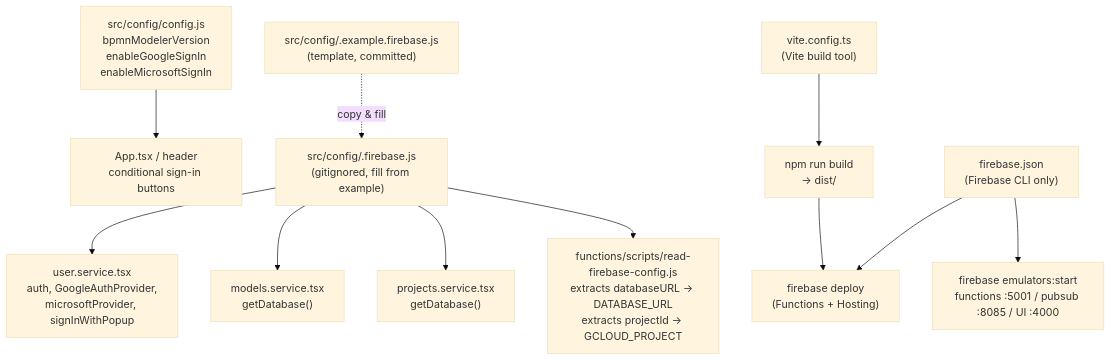
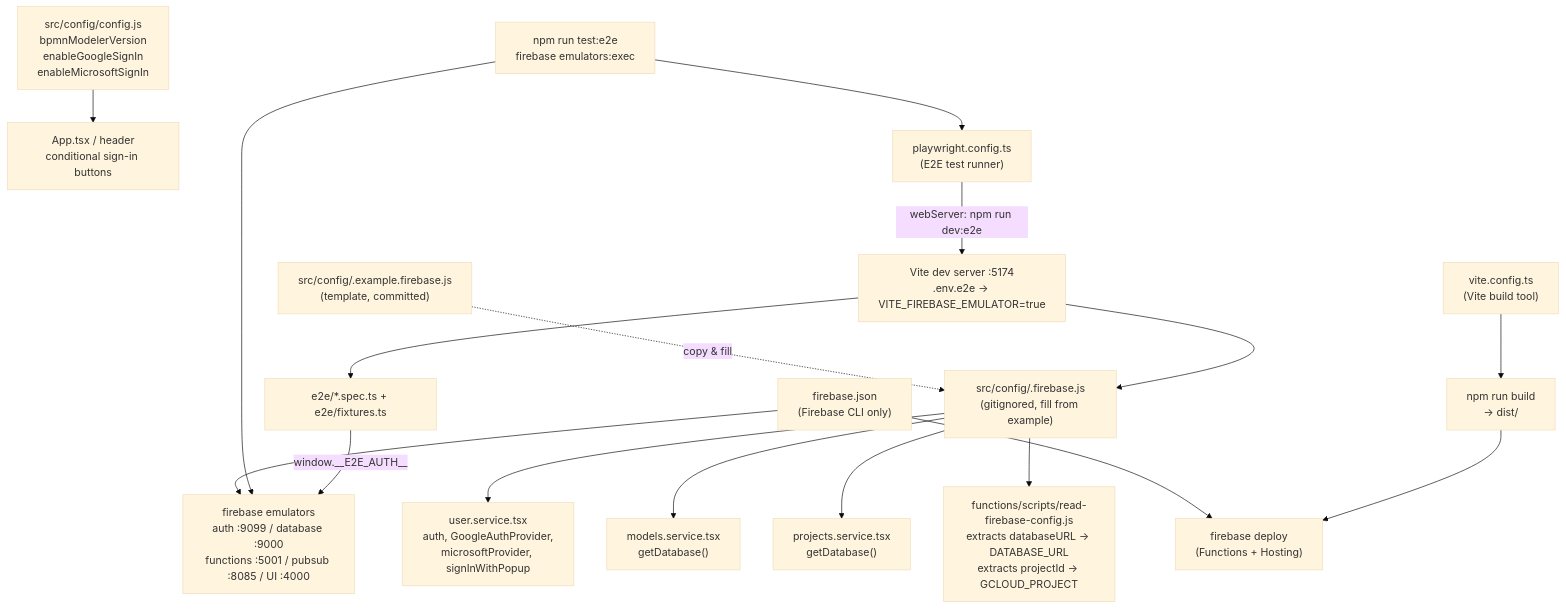
Before and after one commit to creatoratnight/bpmn-modeler: the diagram in docs/config.md, drawn with Mermaid (base theme). The commit also changed other lines of this file and 14 other files, not shown here.

````diff
--- a/docs/config.md
+++ b/docs/config.md
@@ -109,19 +174,26 @@
 ```mermaid
 flowchart TD
     A["src/config/config.js\nbpmnModelerVersion\nenableGoogleSignIn\nenableMicrosoftSignIn"] --> B["App.tsx / header\nconditional sign-in buttons"]
 
     C["src/config/.example.firebase.js\n(template, committed)"]
     D["src/config/.firebase.js\n(gitignored, fill from example)"]
     C -.->|"copy & fill"| D
 
     D --> E["user.service.tsx\nauth, GoogleAuthProvider,\nmicrosoftProvider, signInWithPopup"]
     D --> F["models.service.tsx\ngetDatabase()"]
     D --> G["projects.service.tsx\ngetDatabase()"]
     D --> H["functions/scripts/read-firebase-config.js\nextracts databaseURL → DATABASE_URL\nextracts projectId → GCLOUD_PROJECT"]
 
     I["firebase.json\n(Firebase CLI only)"] --> J["firebase deploy\n(Functions + Hosting)"]
-    I --> K["firebase emulators:start\nfunctions :5001 / pubsub :8085 / UI :4000"]
+    I --> K["firebase emulators\nauth :9099 / database :9000\nfunctions :5001 / pubsub :8085 / UI :4000"]
 
     L["vite.config.ts\n(Vite build tool)"] --> M["npm run build\n→ dist/"]
     M --> J
+
+    N["playwright.config.ts\n(E2E test runner)"] -->|"webServer: npm run dev:e2e"| O["Vite dev server :5174\n.env.e2e → VITE_FIREBASE_EMULATOR=true"]
+    O --> D
+    Q["npm run test:e2e\nfirebase emulators:exec"] --> K
+    Q --> N
+    O --> R["e2e/*.spec.ts + e2e/fixtures.ts"]
+    R -->|"window.__E2E_AUTH__"| K
 ```
````
